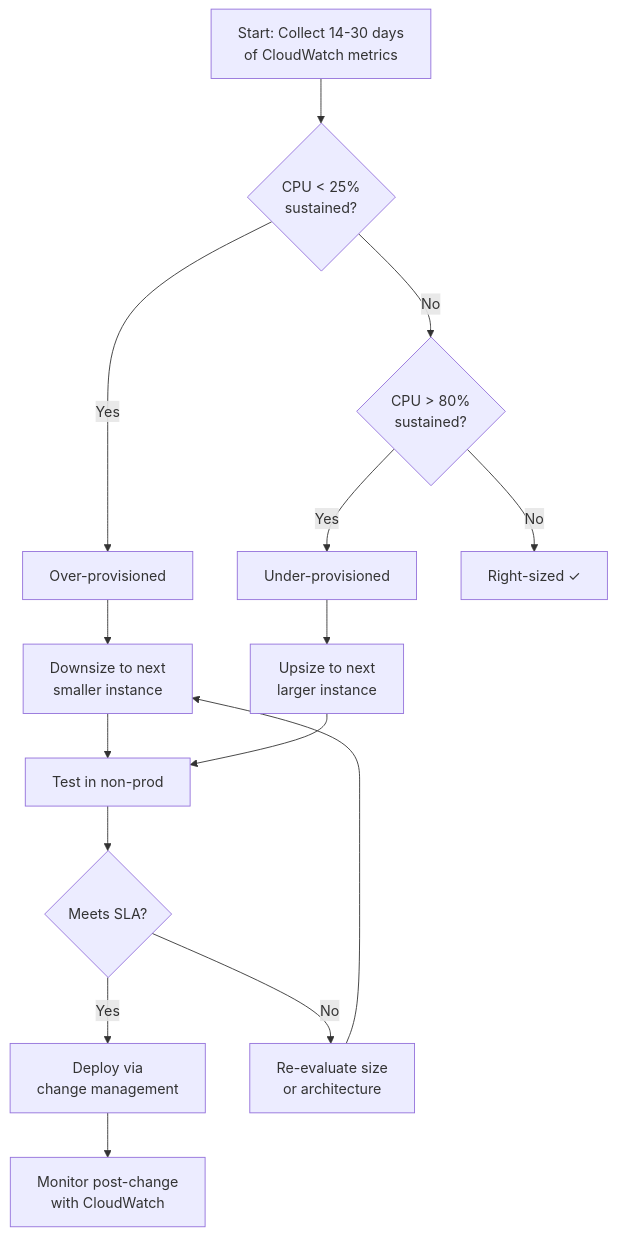
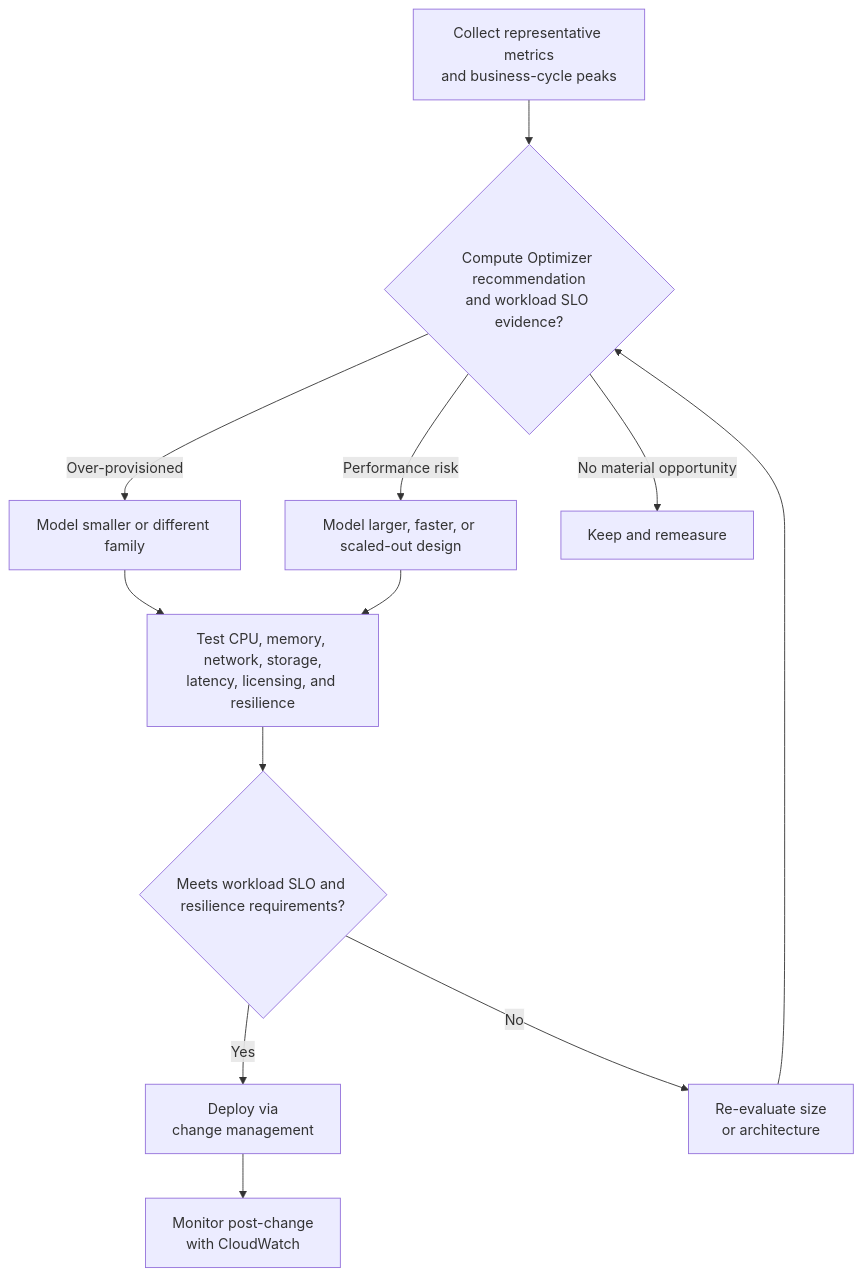
One commit to AlexanderBesss/AWS_best_praactices changed the second of 2 diagrams in Cost-Optimization/Cost-Optimization.md. Above: the diagram before and after it, drawn with Mermaid. The commit also changed other lines of this file and 31 other files, not shown here.

````diff
--- a/Cost-Optimization/Cost-Optimization.md
+++ b/Cost-Optimization/Cost-Optimization.md
@@ -62,17 +62,14 @@
 ```mermaid
 flowchart TD
-    A["Start: Collect 14-30 days\nof CloudWatch metrics"] --> B{"CPU < 25%\nsustained?"}
-    B -->|Yes| C["Over-provisioned"]
-    B -->|No| D{"CPU > 80%\nsustained?"}
-    D -->|Yes| E["Under-provisioned"]
-    D -->|No| F["Right-sized ✓"]
-    C --> G["Downsize to next\nsmaller instance"]
-    E --> H["Upsize to next\nlarger instance"]
-    G --> I["Test in non-prod"]
-    H --> I
-    I --> J{"Meets SLA?"}
+    A["Collect representative metrics\nand business-cycle peaks"] --> B{"Compute Optimizer recommendation\nand workload SLO evidence?"}
+    B -->|Over-provisioned| C["Model smaller or different family"]
+    B -->|Performance risk| D["Model larger, faster, or scaled-out design"]
+    B -->|No material opportunity| F["Keep and remeasure"]
+    C --> I["Test CPU, memory, network, storage,\nlatency, licensing, and resilience"]
+    D --> I
+    I --> J{"Meets workload SLO and resilience requirements?"}
     J -->|Yes| K["Deploy via\nchange management"]
     J -->|No| L["Re-evaluate size\nor architecture"]
     K --> M["Monitor post-change\nwith CloudWatch"]
-    L --> G
+    L --> B
 ```
````
